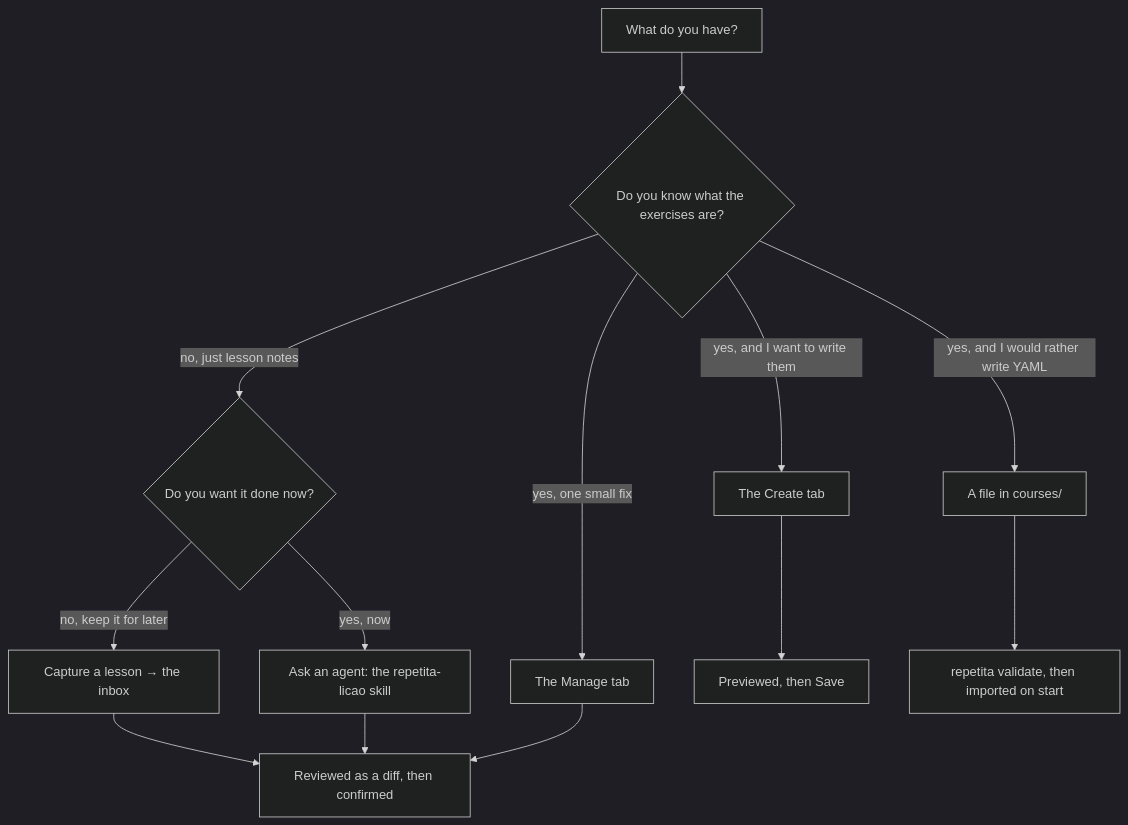
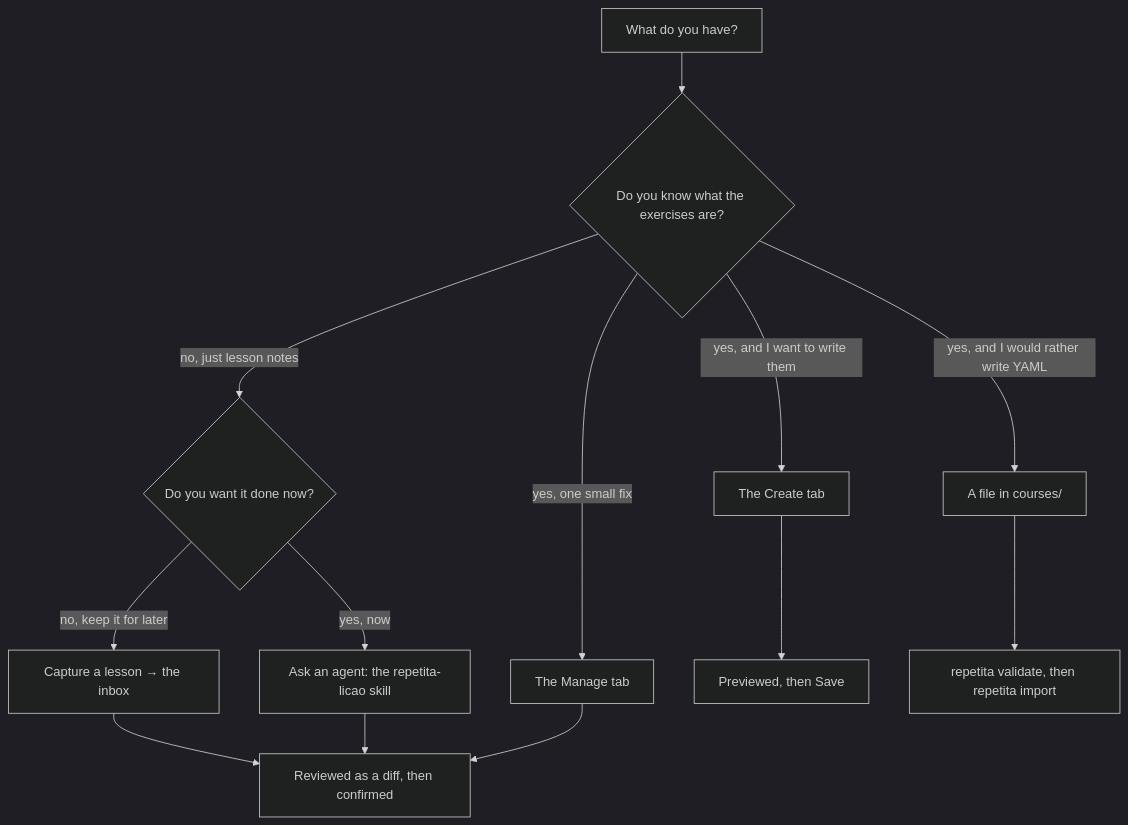
The diagram in docs/adding-material.md (mikub97/repetita), drawn with Mermaid (dark theme) before and after one commit. The commit also changed other lines of this file and 28 other files, not shown here.

````diff
--- a/docs/adding-material.md
+++ b/docs/adding-material.md
@@ -133,15 +147,15 @@
 ```mermaid
 flowchart TD
     A[What do you have?] --> B{Do you know what the exercises are?}
     B -- "no, just lesson notes" --> C{Do you want it done now?}
     C -- "no, keep it for later" --> D[Capture a lesson → the inbox]
     C -- "yes, now" --> E[Ask an agent: the repetita-licao skill]
     B -- "yes, and I want to write them" --> F[The Create tab]
     B -- "yes, one small fix" --> G[The Manage tab]
     B -- "yes, and I would rather write YAML" --> H[A file in courses/]
     D --> I[Reviewed as a diff, then confirmed]
     E --> I
     F --> J[Previewed, then Save]
     G --> I
-    H --> K[repetita validate, then imported on start]
+    H --> K[repetita validate, then repetita import]
 ```
````
